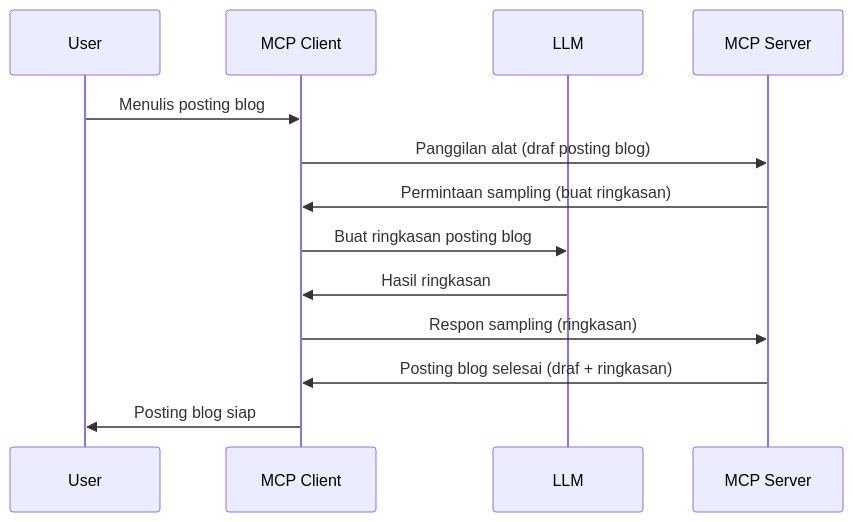
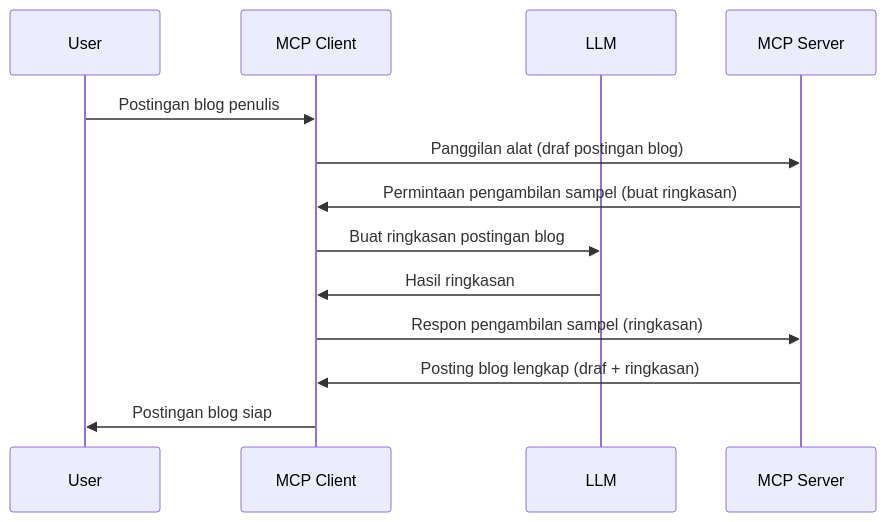
The diagram in mcp_ecosystem__model_context_protocol/mcp_learning_resources/mcp-for-beginners/translations/id/03-GettingStarted/14-sampling/README.md (HIDORAKAI002/ai-workspace-archive), drawn with Mermaid before and after one commit. The commit also changed other lines of this file and 1046 other files, not shown here.

````diff
--- a/mcp_ecosystem__model_context_protocol/mcp_learning_resources/mcp-for-beginners/translations/id/03-GettingStarted/14-sampling/README.md
+++ b/mcp_ecosystem__model_context_protocol/mcp_learning_resources/mcp-for-beginners/translations/id/03-GettingStarted/14-sampling/README.md
@@ -23,16 +25,16 @@
 ```mermaid
 sequenceDiagram
     participant User
     participant MCP Client
     participant LLM
     participant MCP Server
 
-    User->>MCP Client: Menulis posting blog
-    MCP Client->>MCP Server: Panggilan alat (draf posting blog)
-    MCP Server->>MCP Client: Permintaan sampling (buat ringkasan)
-    MCP Client->>LLM: Buat ringkasan posting blog
+    User->>MCP Client: Postingan blog penulis
+    MCP Client->>MCP Server: Panggilan alat (draf postingan blog)
+    MCP Server->>MCP Client: Permintaan pengambilan sampel (buat ringkasan)
+    MCP Client->>LLM: Buat ringkasan postingan blog
     LLM->>MCP Client: Hasil ringkasan
-    MCP Client->>MCP Server: Respon sampling (ringkasan)
-    MCP Server->>MCP Client: Posting blog selesai (draf + ringkasan)
-    MCP Client->>User: Posting blog siap
+    MCP Client->>MCP Server: Respon pengambilan sampel (ringkasan)
+    MCP Server->>MCP Client: Posting blog lengkap (draf + ringkasan)
+    MCP Client->>User: Postingan blog siap
 ```
````
